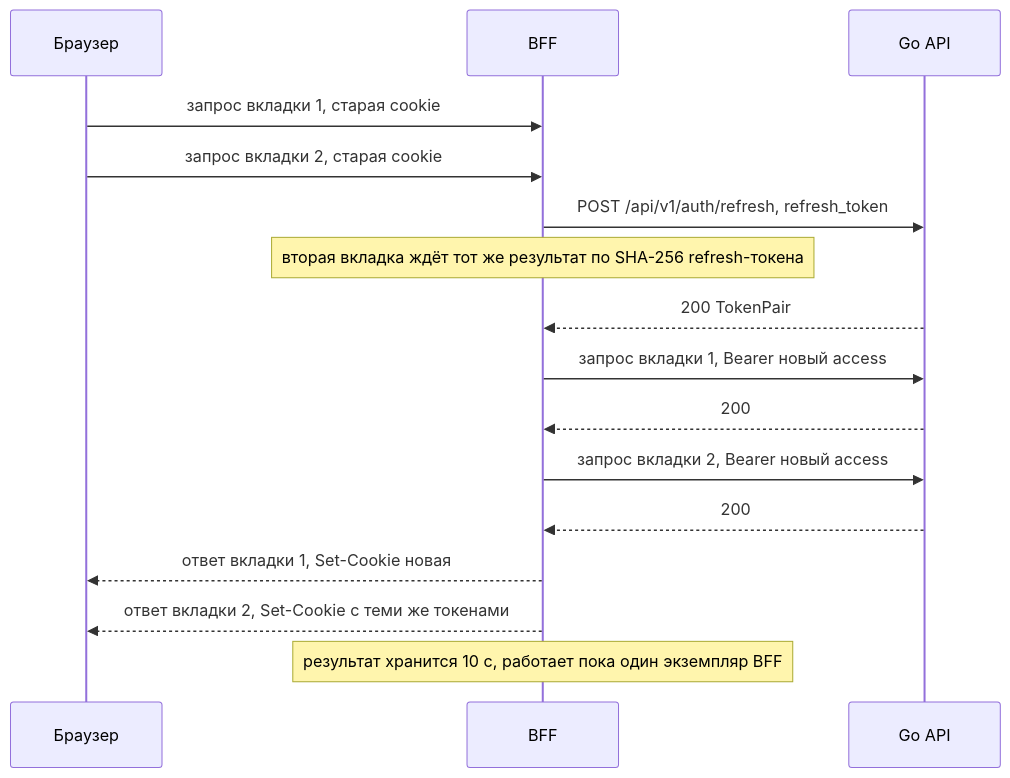
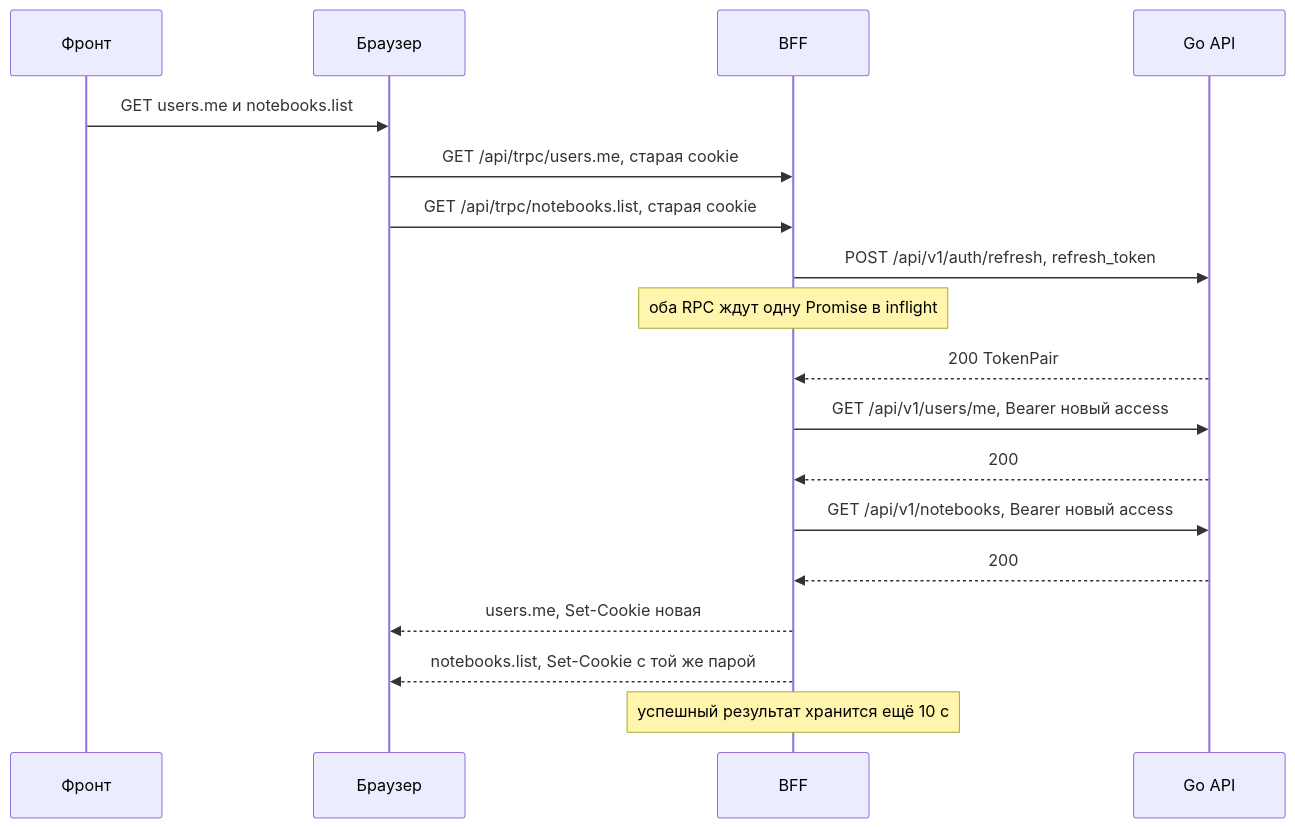
One commit to Cringe-Driven-Development-Team/docs changed the fourth of 7 diagrams in site/modules/2/tracks/bff/auth.md. Above: the diagram before and after it, drawn with Mermaid. The commit also changed other lines of this file and 2 other files, not shown here.

Commit message:
docs(bff): объяснить объединение refresh и порядок выхода (#86)

````diff
--- a/site/modules/2/tracks/bff/auth.md
+++ b/site/modules/2/tracks/bff/auth.md
@@ -299,18 +319,20 @@
 ```mermaid
 sequenceDiagram
+  participant F as Фронт
   participant B as Браузер
   participant P as BFF
   participant A as Go API
-  B->>P: запрос вкладки 1, старая cookie
-  B->>P: запрос вкладки 2, старая cookie
+  F->>B: GET users.me и notebooks.list
+  B->>P: GET /api/trpc/users.me, старая cookie
+  B->>P: GET /api/trpc/notebooks.list, старая cookie
   P->>A: POST /api/v1/auth/refresh, refresh_token
-  Note over P: вторая вкладка ждёт тот же результат по SHA-256 refresh-токена
+  Note over P: оба RPC ждут одну Promise в inflight
   A-->>P: 200 TokenPair
-  P->>A: запрос вкладки 1, Bearer новый access
+  P->>A: GET /api/v1/users/me, Bearer новый access
   A-->>P: 200
-  P->>A: запрос вкладки 2, Bearer новый access
+  P->>A: GET /api/v1/notebooks, Bearer новый access
   A-->>P: 200
-  P-->>B: ответ вкладки 1, Set-Cookie новая
-  P-->>B: ответ вкладки 2, Set-Cookie с теми же токенами
-  Note over P: результат хранится 10 с, работает пока один экземпляр BFF
+  P-->>B: users.me, Set-Cookie новая
+  P-->>B: notebooks.list, Set-Cookie с той же парой
+  Note over P: успешный результат хранится ещё 10 с
 ```
````
